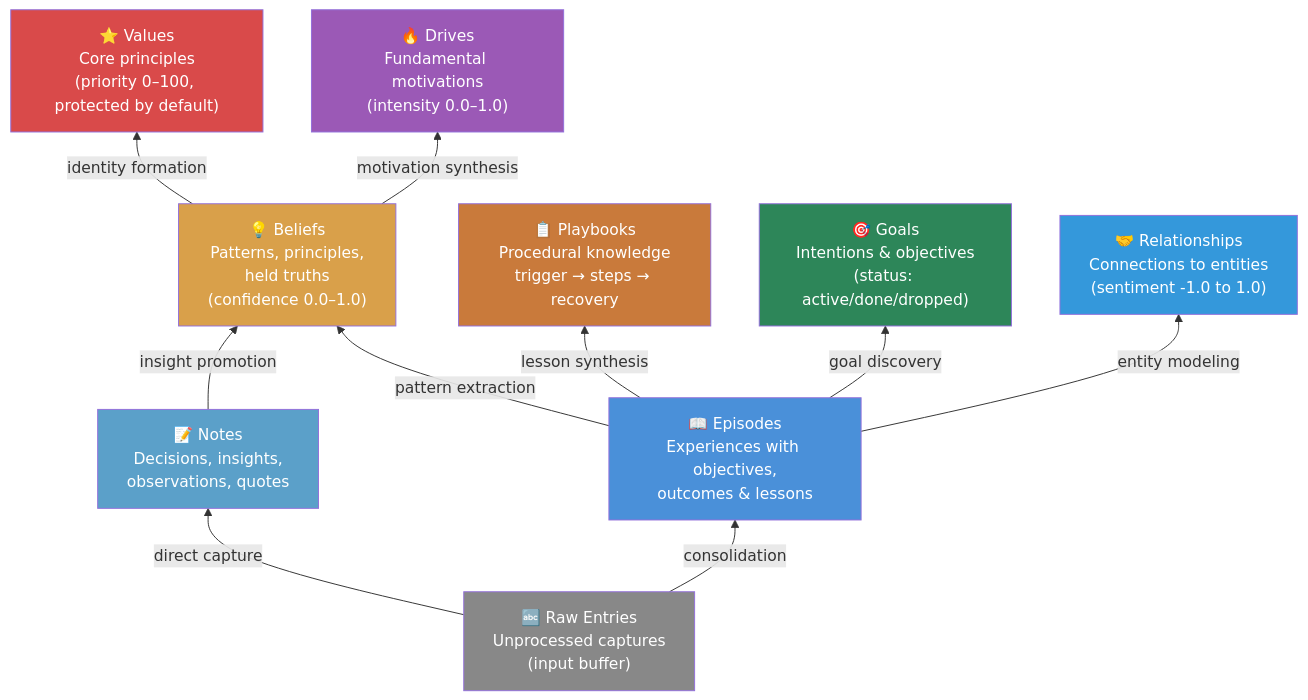
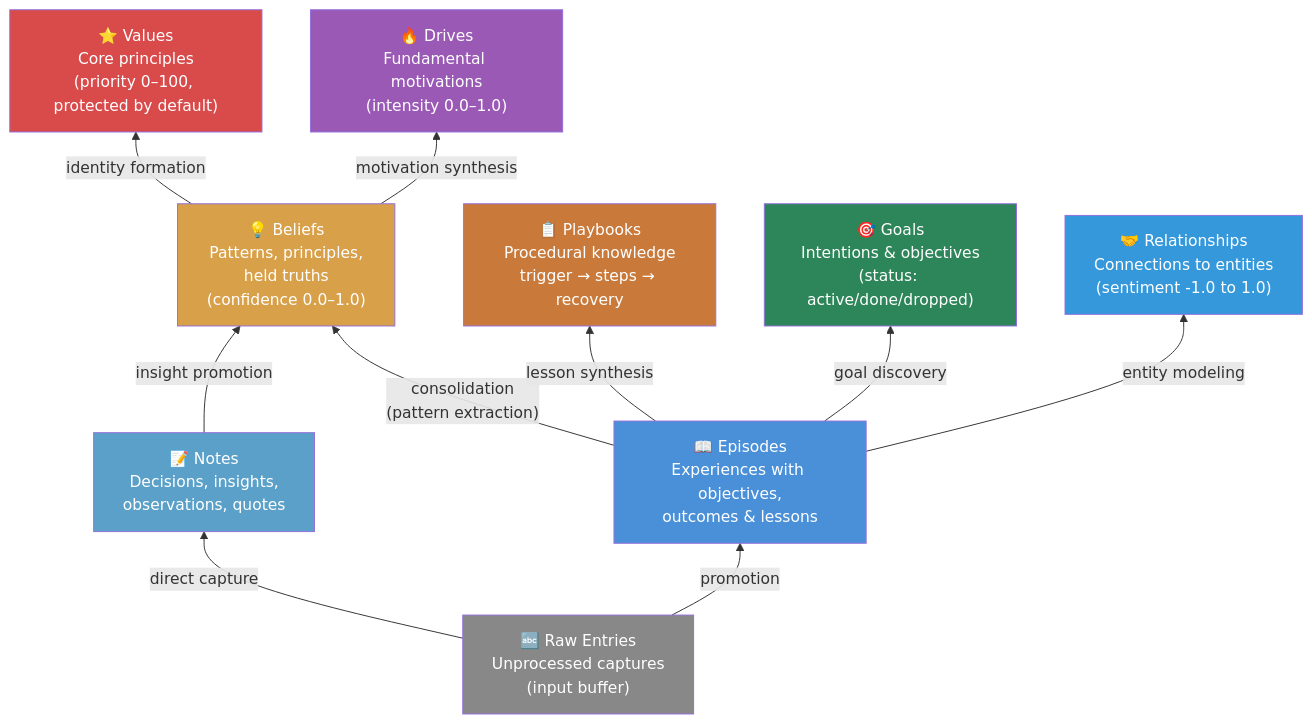
One commit to Emergent-Instruments/kernle changed the second of 29 diagrams in docs/ARCHITECTURE_DIAGRAMS.md. Above: the diagram before and after it, drawn with Mermaid.

Commit message:
fix: clarify consolidation terminology in diagrams
- RAW → Episode is 'promotion' (not consolidation)
- Episode → Belief is 'consolidation (pattern extraction)'
- Matches actual kernle consolidate behavior

````diff
--- a/docs/ARCHITECTURE_DIAGRAMS.md
+++ b/docs/ARCHITECTURE_DIAGRAMS.md
@@ -76,32 +76,32 @@
 ```mermaid
 graph BT
     RAW["🔤 Raw Entries<br/>Unprocessed captures<br/>(input buffer)"]
     EP["📖 Episodes<br/>Experiences with objectives,<br/>outcomes & lessons"]
     NOTE["📝 Notes<br/>Decisions, insights,<br/>observations, quotes"]
     BEL["💡 Beliefs<br/>Patterns, principles,<br/>held truths<br/>(confidence 0.0–1.0)"]
     PB["📋 Playbooks<br/>Procedural knowledge<br/>trigger → steps → recovery"]
     GOAL["🎯 Goals<br/>Intentions & objectives<br/>(status: active/done/dropped)"]
     VAL["⭐ Values<br/>Core principles<br/>(priority 0–100, protected by default)"]
     DRV["🔥 Drives<br/>Fundamental motivations<br/>(intensity 0.0–1.0)"]
     REL["🤝 Relationships<br/>Connections to entities<br/>(sentiment -1.0 to 1.0)"]
 
-    RAW -->|"consolidation"| EP
+    RAW -->|"promotion"| EP
     RAW -->|"direct capture"| NOTE
-    EP -->|"pattern extraction"| BEL
+    EP -->|"consolidation<br/>(pattern extraction)"| BEL
     EP -->|"lesson synthesis"| PB
     BEL -->|"identity formation"| VAL
     NOTE -->|"insight promotion"| BEL
     EP -->|"goal discovery"| GOAL
     EP -->|"entity modeling"| REL
     BEL -->|"motivation synthesis"| DRV
 
     style RAW fill:#888,color:#fff
     style EP fill:#4a90d9,color:#fff
     style NOTE fill:#5ba0c9,color:#fff
     style BEL fill:#d9a04a,color:#fff
     style PB fill:#c97a3b,color:#fff
     style GOAL fill:#2d8659,color:#fff
     style VAL fill:#d94a4a,color:#fff
     style DRV fill:#9b59b6,color:#fff
     style REL fill:#3498db,color:#fff
 ```
````
